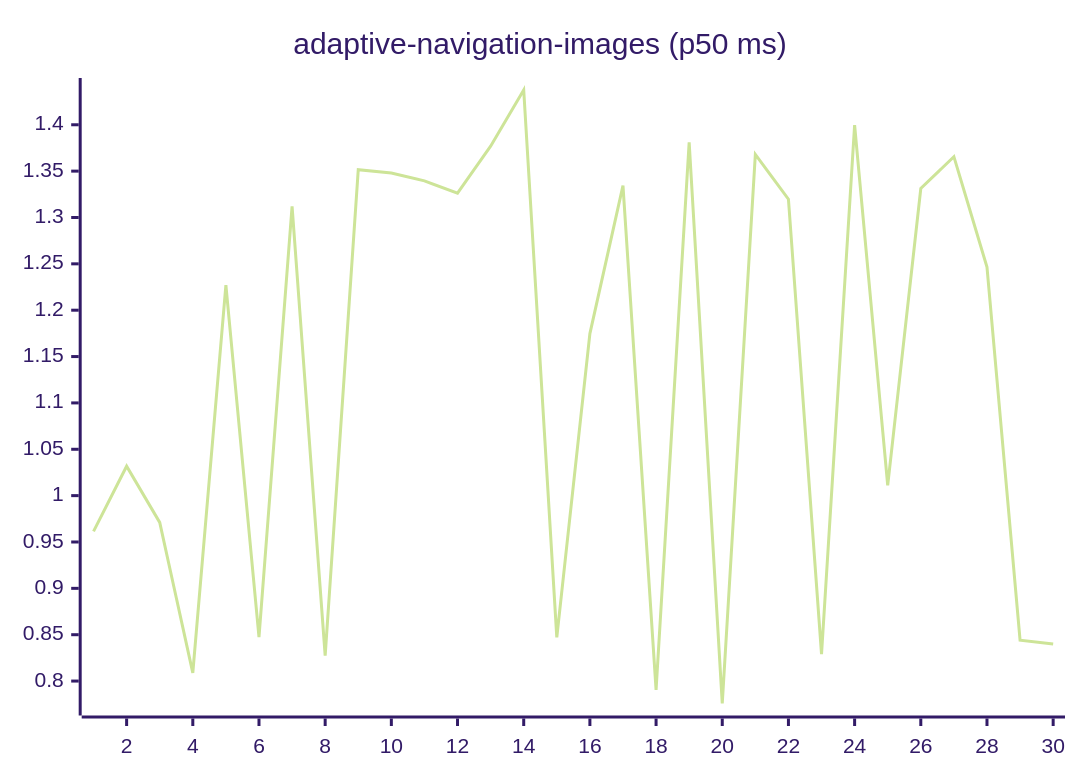
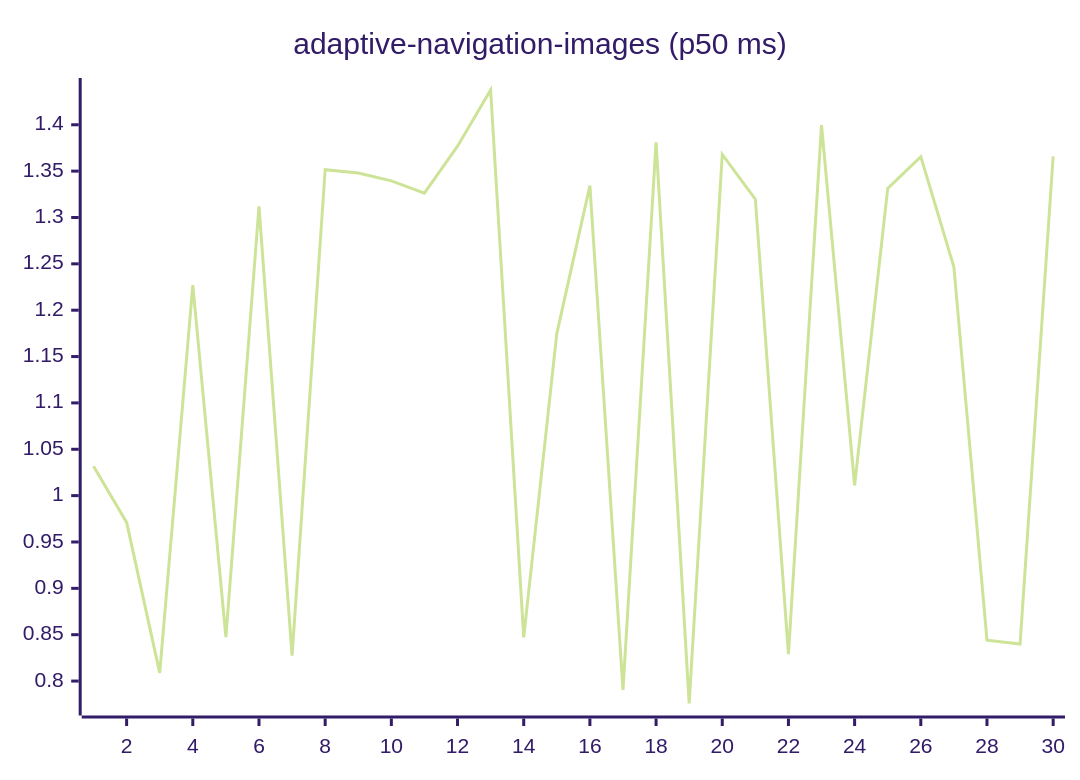
One commit to josha/Facet changed the first of 27 diagrams in README.md. Above: the diagram before and after it, drawn with Mermaid (forest theme). The commit also changed other lines of this file and 2 other files, not shown here.

````diff
--- a/README.md
+++ b/README.md
@@ -63,6 +63,6 @@
 ```mermaid
 xychart-beta
     title "adaptive-navigation-images (p50 ms)"
     x-axis 1 --> 30
-    line [0.9615, 1.0317, 0.9711, 0.8088, 1.2271, 0.8473, 1.3121, 0.8274, 1.3515, 1.3479, 1.3395, 1.3263, 1.3769, 1.4375, 0.8471, 1.1748, 1.3343, 0.7905, 1.3810, 0.7758, 1.3680, 1.3197, 0.8291, 1.3996, 1.0110, 1.3313, 1.3656, 1.2466, 0.8441, 0.8400]
+    line [1.0317, 0.9711, 0.8088, 1.2271, 0.8473, 1.3121, 0.8274, 1.3515, 1.3479, 1.3395, 1.3263, 1.3769, 1.4375, 0.8471, 1.1748, 1.3343, 0.7905, 1.3810, 0.7758, 1.3680, 1.3197, 0.8291, 1.3996, 1.0110, 1.3313, 1.3656, 1.2466, 0.8441, 0.8400, 1.3659]
 ```
````
